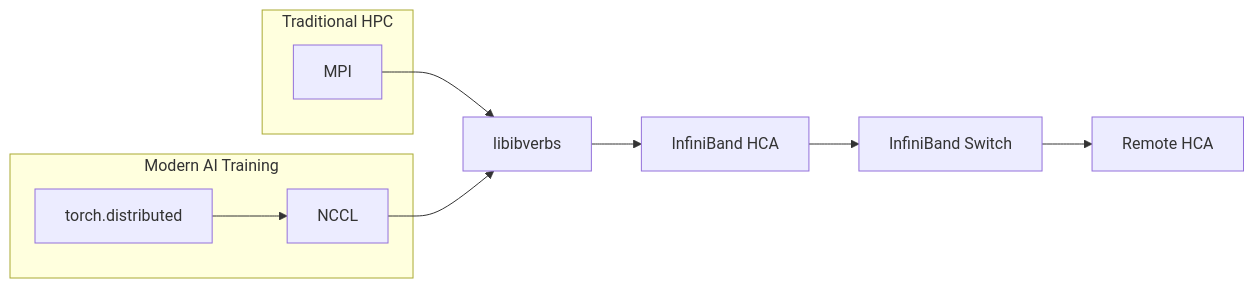
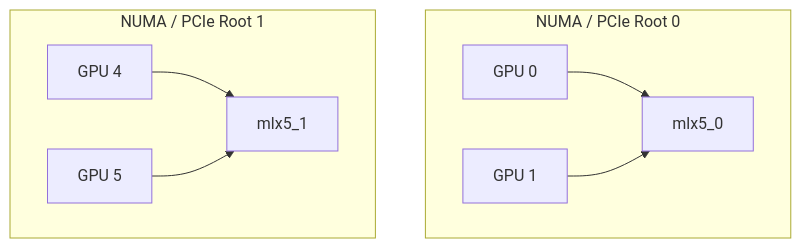
Before and after one commit to hdimmfh/hdimmfh.github.io: the third of 8 diagrams in _posts/2026-07-14-MPI_OpenSM.md, drawn with Mermaid. The commit also changed other lines of this file and 2 other files, not shown here.

````diff
--- a/_posts/2026-07-14-MPI_OpenSM.md
+++ b/_posts/2026-07-14-MPI_OpenSM.md
@@ -24,24 +203,17 @@
 ```mermaid
-flowchart LR
-
-    subgraph HPC["Traditional HPC"]
-        MPI["MPI"]
+flowchart TB
+    subgraph ROOT0["NUMA / PCIe Root 0"]
+        GPU0["GPU 0"]
+        GPU1["GPU 1"]
+        HCA0["mlx5_0"]
+        GPU0 --> HCA0
+        GPU1 --> HCA0
     end
-
-    subgraph AI["Modern AI Training"]
-        DIST["torch.distributed"]
-        NCCL["NCCL"]
-        DIST --> NCCL
+    subgraph ROOT1["NUMA / PCIe Root 1"]
+        GPU4["GPU 4"]
+        GPU5["GPU 5"]
+        HCA1["mlx5_1"]
+        GPU4 --> HCA1
+        GPU5 --> HCA1
     end
-
-    VERBS["libibverbs"]
-    HCA["InfiniBand HCA"]
-    SWITCH["InfiniBand Switch"]
-    RHCA["Remote HCA"]
-
-    MPI --> VERBS
-    NCCL --> VERBS
-    VERBS --> HCA
-    HCA --> SWITCH
-    SWITCH --> RHCA
 ```
````
